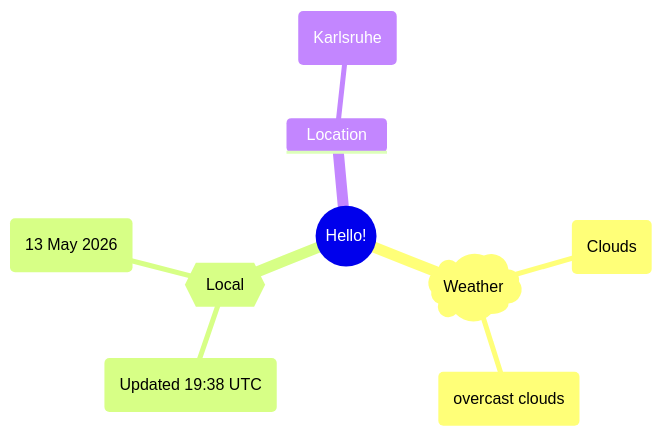
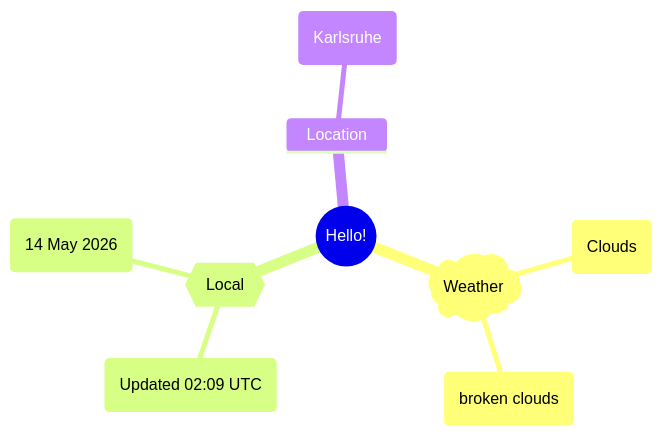
The first of 2 diagrams in README.md (Xosrov/Xosrov), drawn with Mermaid before and after one commit.

Commit message:
[bot] updated images

````diff
--- a/README.md
+++ b/README.md
@@ -3,12 +3,12 @@
 ```mermaid
 mindmap
   root((Hello!))
     )Weather(
         (Clouds)
-        (overcast clouds)
+        (broken clouds)
     {{Local}}
-        (Updated 19:38 UTC)
-        (13 May 2026)
+        (Updated 02:09 UTC)
+        (14 May 2026)
     Location
         (Karlsruhe)
 ```
````
